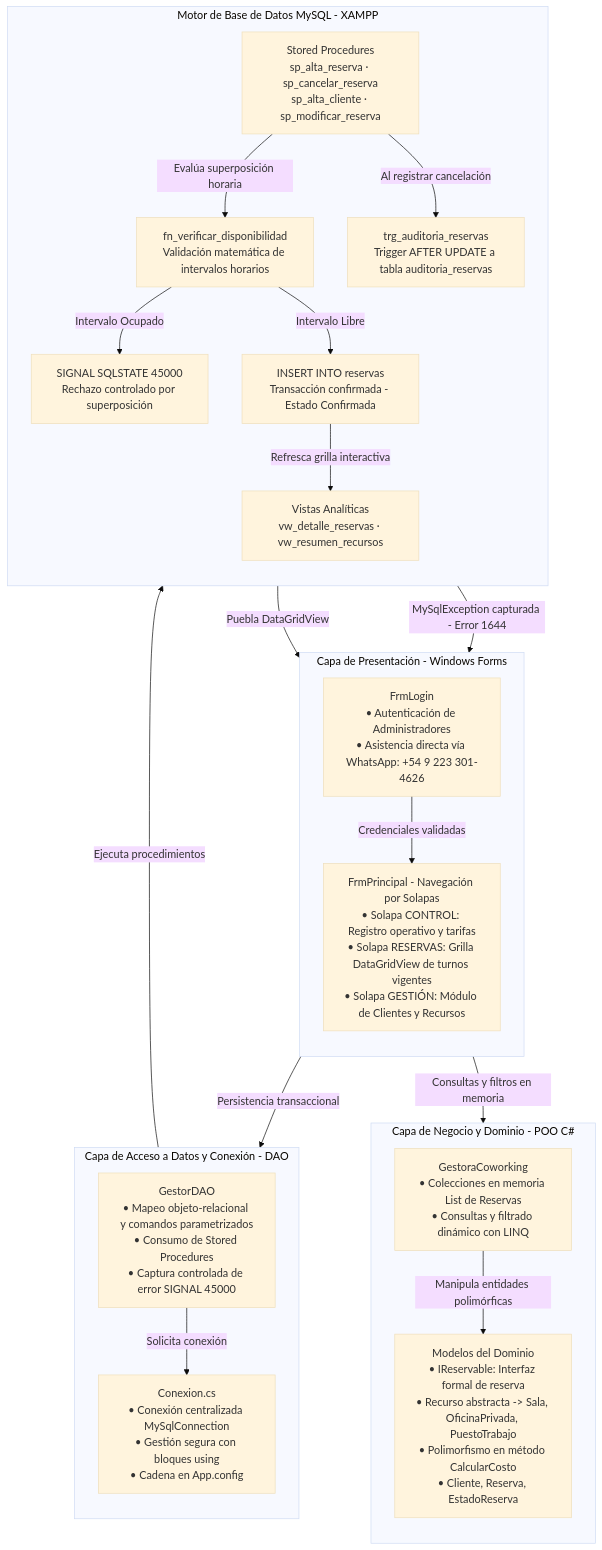
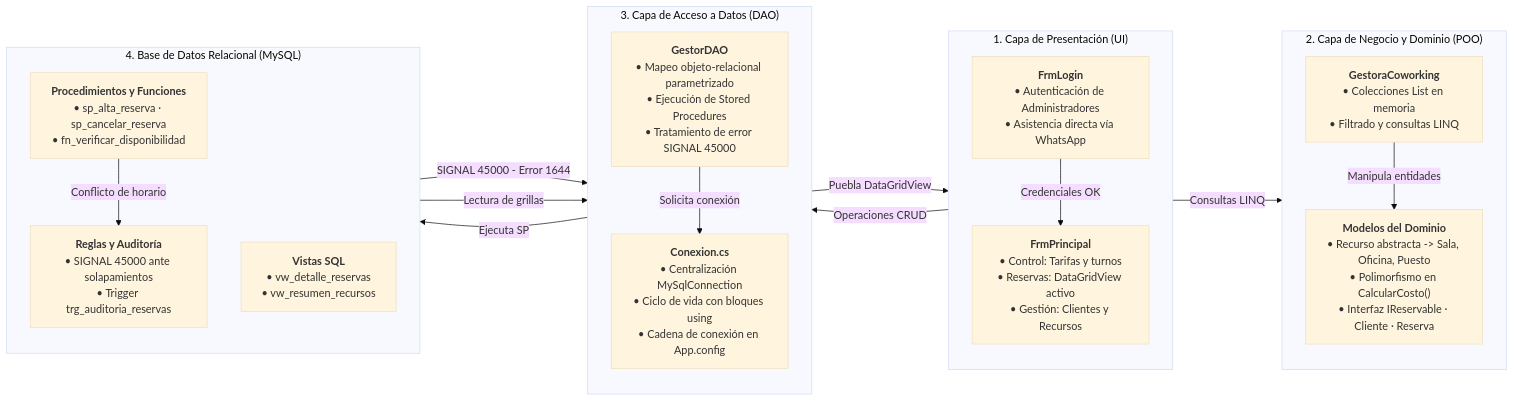
One commit to Rax0r-cmd/Trabajo_final_algoritmos changed the diagram in README.md. Above: the diagram before and after it, drawn with Mermaid (base theme).

Commit message:
hice el diagrama de arquitectura horizontal para que no quede tan largo

````diff
--- a/README.md
+++ b/README.md
@@ -39,46 +39,38 @@
 ```mermaid
-graph TD
-    subgraph UI ["Capa de Presentación - Windows Forms"]
+flowchart LR
+    subgraph UI ["1. Capa de Presentación (UI)"]
         direction TB
-        Login["FrmLogin<br/>• Autenticación de Administradores<br/>• Asistencia directa vía WhatsApp: +54 9 223 301-4626"]
-        Principal["FrmPrincipal - Navegación por Solapas<br/>• Solapa CONTROL: Registro operativo y tarifas<br/>• Solapa RESERVAS: Grilla DataGridView de turnos vigentes<br/>• Solapa GESTIÓN: Módulo de Clientes y Recursos"]
+        Login["<b>FrmLogin</b><br/>• Autenticación de Administradores<br/>• Asistencia directa vía WhatsApp"]
+        Principal["<b>FrmPrincipal</b><br/>• Control: Tarifas y turnos<br/>• Reservas: DataGridView activo<br/>• Gestión: Clientes y Recursos"]
     end
 
-    subgraph BLL ["Capa de Negocio y Dominio - POO C#"]
+    subgraph BLL ["2. Capa de Negocio y Dominio (POO)"]
         direction TB
-        Gestora["GestoraCoworking<br/>• Colecciones en memoria List de Reservas<br/>• Consultas y filtrado dinámico con LINQ"]
-        Modelos["Modelos del Dominio<br/>• IReservable: Interfaz formal de reserva<br/>• Recurso abstracta -> Sala, OficinaPrivada, PuestoTrabajo<br/>• Polimorfismo en método CalcularCosto<br/>• Cliente, Reserva, EstadoReserva"]
+        Gestora["<b>GestoraCoworking</b><br/>• Colecciones List en memoria<br/>• Filtrado y consultas LINQ"]
+        Modelos["<b>Modelos del Dominio</b><br/>• Recurso abstracta -> Sala, Oficina, Puesto<br/>• Polimorfismo en CalcularCosto()<br/>• Interfaz IReservable · Cliente · Reserva"]
     end
 
-    subgraph DAL ["Capa de Acceso a Datos y Conexión - DAO"]
+    subgraph DAL ["3. Capa de Acceso a Datos (DAO)"]
         direction TB
-        DAO["GestorDAO<br/>• Mapeo objeto-relacional y comandos parametrizados<br/>• Consumo de Stored Procedures<br/>• Captura controlada de error SIGNAL 45000"]
-        Conexion["Conexion.cs<br/>• Conexión centralizada MySqlConnection<br/>• Gestión segura con bloques using<br/>• Cadena en App.config"]
+        DAO["<b>GestorDAO</b><br/>• Mapeo objeto-relacional parametrizado<br/>• Ejecución de Stored Procedures<br/>• Tratamiento de error SIGNAL 45000"]
+        Conexion["<b>Conexion.cs</b><br/>• Centralización MySqlConnection<br/>• Ciclo de vida con bloques using<br/>• Cadena de conexión en App.config"]
     end
 
-    subgraph DB ["Motor de Base de Datos MySQL - XAMPP"]
+    subgraph DB ["4. Base de Datos Relacional (MySQL)"]
         direction TB
-        SP["Stored Procedures<br/>sp_alta_reserva · sp_cancelar_reserva<br/>sp_alta_cliente · sp_modificar_reserva"]
-        Fn["fn_verificar_disponibilidad<br/>Validación matemática de intervalos horarios"]
-        Signal["SIGNAL SQLSTATE 45000<br/>Rechazo controlado por superposición"]
-        Insert["INSERT INTO reservas<br/>Transacción confirmada - Estado Confirmada"]
-        Trigger["trg_auditoria_reservas<br/>Trigger AFTER UPDATE a tabla auditoria_reservas"]
-        Vistas["Vistas Analíticas<br/>vw_detalle_reservas · vw_resumen_recursos"]
+        SP["<b>Procedimientos y Funciones</b><br/>• sp_alta_reserva · sp_cancelar_reserva<br/>• fn_verificar_disponibilidad"]
+        Reglas["<b>Reglas y Auditoría</b><br/>• SIGNAL 45000 ante solapamientos<br/>• Trigger trg_auditoria_reservas"]
+        Vistas["<b>Vistas SQL</b><br/>• vw_detalle_reservas<br/>• vw_resumen_recursos"]
     end
 
-    Login -->|Credenciales validadas| Principal
-    Principal -->|Consultas y filtros en memoria| Gestora
-    Gestora -->|Manipula entidades polimórficas| Modelos
-    Principal -->|Persistencia transaccional| DAO
+    Login -->|Credenciales OK| Principal
+    Principal -->|Consultas LINQ| Gestora
+    Gestora -->|Manipula entidades| Modelos
+    Principal -->|Operaciones CRUD| DAO
     DAO -->|Solicita conexión| Conexion
-    Conexion -->|Ejecuta procedimientos| SP
-
-    SP -->|Evalúa superposición horaria| Fn
-    Fn -->|Intervalo Ocupado| Signal
-    Fn -->|Intervalo Libre| Insert
-
-    Signal -->|MySqlException capturada - Error 1644| Principal
-    Insert -->|Refresca grilla interactiva| Vistas
-    Vistas -->|Puebla DataGridView| Principal
-    SP -->|Al registrar cancelación| Trigger
+    DAO -->|Ejecuta SP| SP
+    SP -->|Conflicto de horario| Reglas
+    Reglas -->|SIGNAL 45000 - Error 1644| DAO
+    Vistas -->|Lectura de grillas| DAO
+    DAO -->|Puebla DataGridView| Principal
 ```
````
